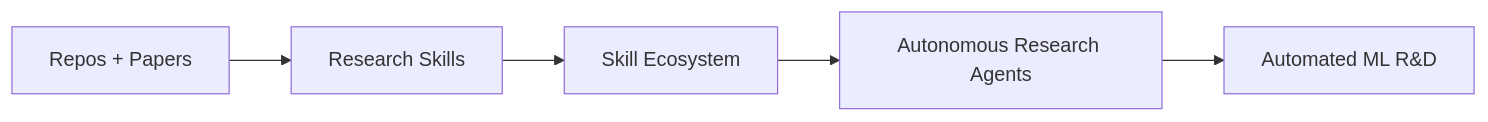
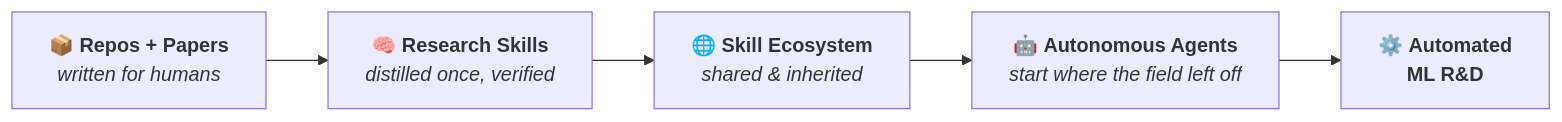
Before and after one commit to Lolo1222/AREX-Skill: the fifth of 5 diagrams in README.md, drawn with Mermaid. The commit also changed other lines of this file and 1 other file, not shown here.

First line of the commit message:
docs: first-screen value proposition, richer diagrams, unlink private report

````diff
--- a/README.md
+++ b/README.md
@@ -319,7 +329,7 @@
 ```mermaid
 flowchart LR
-    A["Repos + Papers"] --> B["Research Skills"]
-    B --> C["Skill Ecosystem"]
-    C --> D["Autonomous Research Agents"]
-    D --> E["Automated ML R&D"]
+    A["📦 <b>Repos + Papers</b><br><i>written for humans</i>"] --> B["🧠 <b>Research Skills</b><br><i>distilled once, verified</i>"]
+    B --> C["🌐 <b>Skill Ecosystem</b><br><i>shared & inherited</i>"]
+    C --> D["🤖 <b>Autonomous Agents</b><br><i>start where the field left off</i>"]
+    D --> E["⚙️ <b>Automated<br>ML R&D</b>"]
 ```
````
